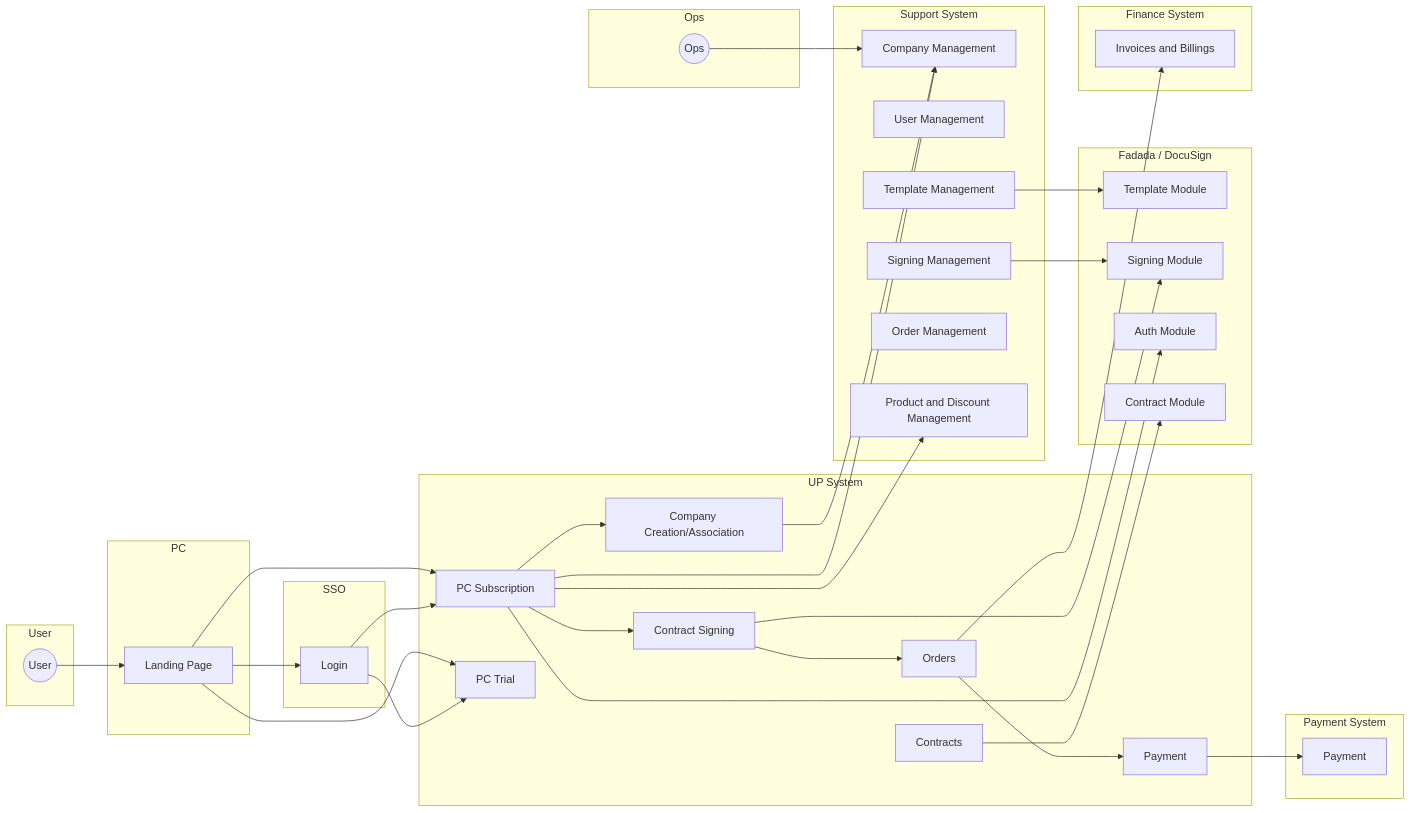
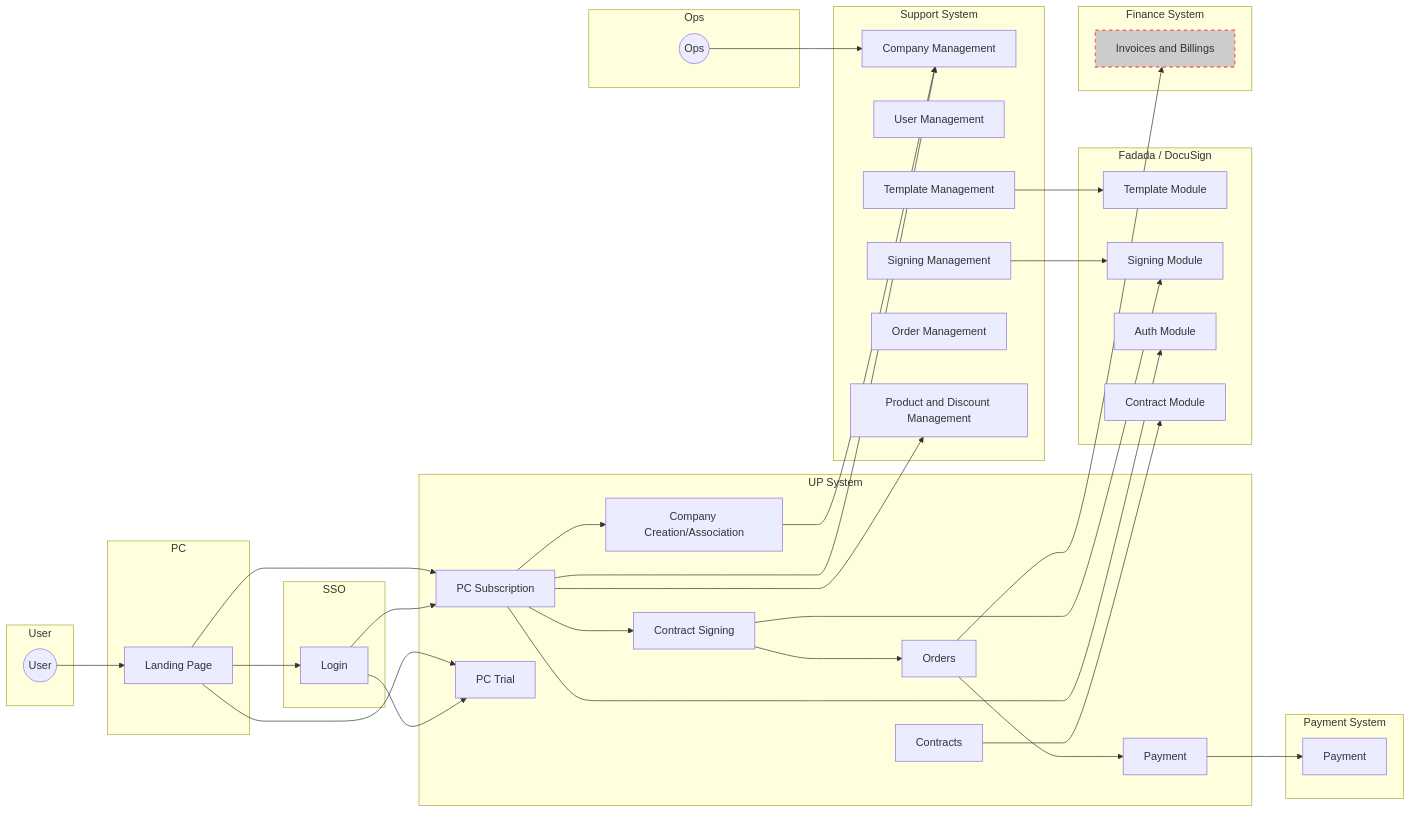
The diagram in arc.mmd (leonwgc/ant-admin-template), drawn with Mermaid before and after one commit.

Commit message:
chore: update arc

```diff
--- a/arc.mmd
+++ b/arc.mmd
@@ -1,63 +1,64 @@
 graph LR;
     subgraph User
         U((User))
     end
     subgraph PC
         A0[Landing Page]
     end
     subgraph SSO
         B1[Login]
     end
     subgraph UP System
         C0[Company Creation/Association]
         C1[PC Subscription]
         C2[PC Trial]
         C3[Contract Signing]
         C4[Orders]
         C5[Payment]
         C6[Contracts]
     end
     subgraph Fadada / DocuSign
        D0[Template Module]
        D1[Signing Module]
        D2[Auth Module]
        D3[Contract Module]
     end
     subgraph Ops
      O((Ops))
     end
     subgraph Support System
         E0[Company Management]
         E1[User Management]
         E2[Template Management]
         E3[Signing Management]
         E4[Order Management]
         E5[Product and Discount Management]
     end
     subgraph Payment System
      F0[Payment]
     end
     subgraph Finance System
+     style G0 fill:#ccc,stroke:#f66,stroke-width:2px,stroke-dasharray: 5 5;
      G0[Invoices and Billings]
     end
     C1 --> C0;
     C0 --> E0;
     E3 --> D1;
     E2 --> D0;
     A0 --> C1;
     A0 --> C2;
     A0 --> B1;
     B1 --> C1;
     B1 --> C2;
     C1 --> D2;
     C1 --> C3;
     C3 --> C4;
     C4 --> C5;
     C3 --> D1;
     C5 --> F0;
     C1 --> E0;
     U --> A0;
     O --> E0;
     C1--> E5;
     C4--> G0;
     C6--> D3;
```
